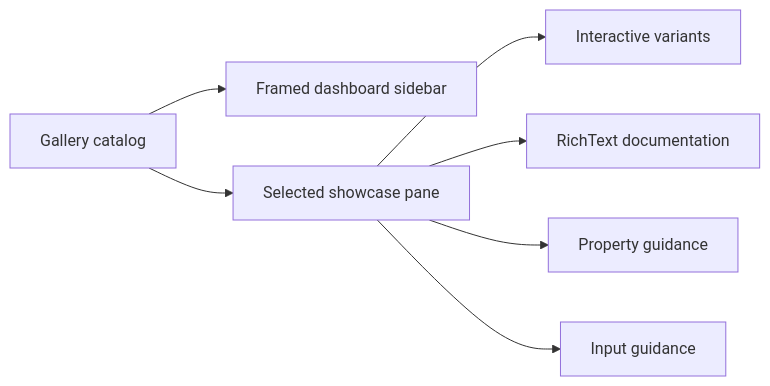
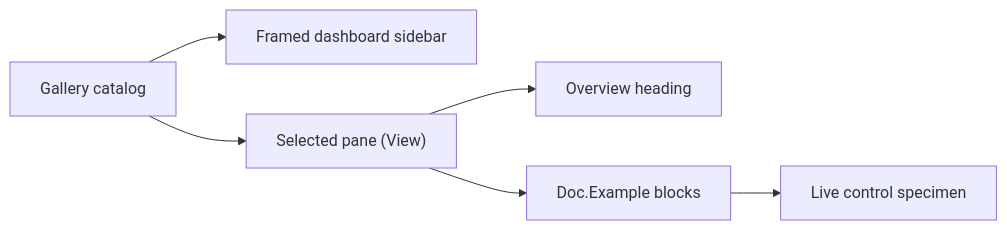
The diagram in docs/architecture/showcase.md (pavkam/sharp-vision), drawn with Mermaid before and after one commit. The commit also changed other lines of this file and 51 other files, not shown here.

````diff
--- a/docs/architecture/showcase.md
+++ b/docs/architecture/showcase.md
@@ -8,9 +8,8 @@
 ```mermaid
 flowchart LR
     Gallery["Gallery catalog"] --> Sidebar["Framed dashboard sidebar"]
-    Gallery --> Page["Selected showcase pane"]
-    Page --> Variants["Interactive variants"]
-    Page --> RichText["RichText documentation"]
-    Page --> Properties["Property guidance"]
-    Page --> Interaction["Input guidance"]
+    Gallery --> Page["Selected pane (View)"]
+    Page --> Overview["Overview heading"]
+    Page --> Example["Doc.Example blocks"]
+    Example --> Specimen["Live control specimen"]
 ```
````
